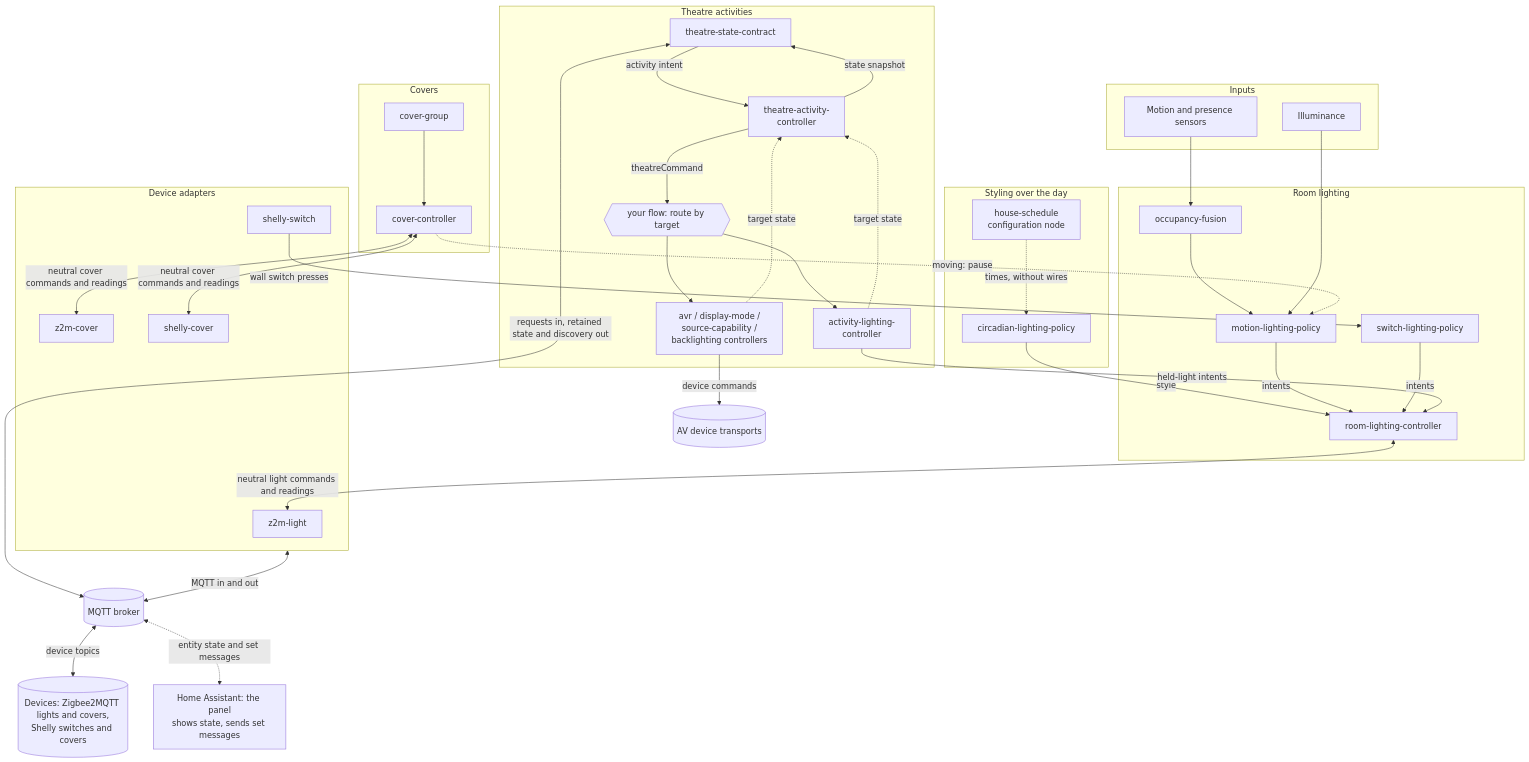
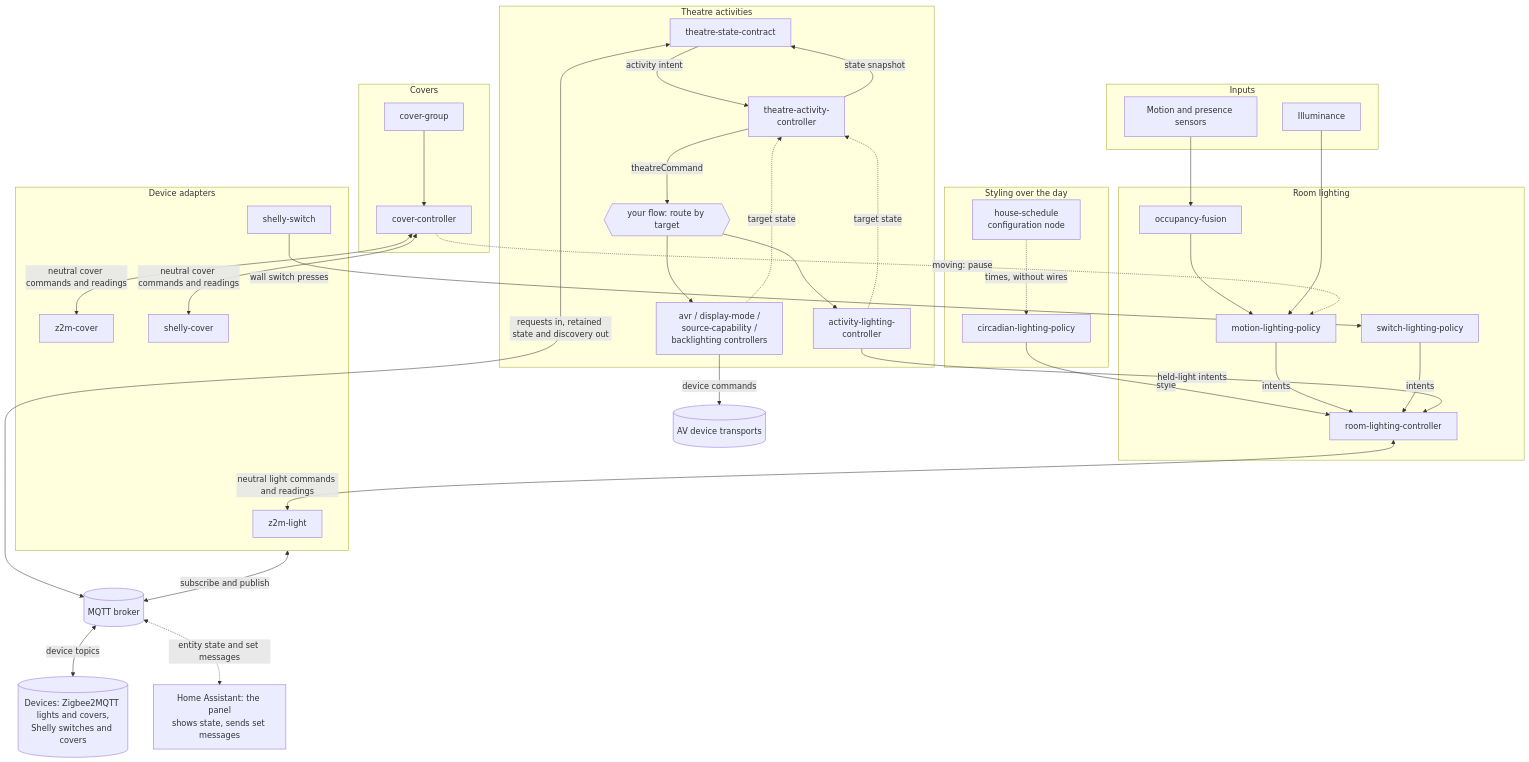
One commit to avantics-hq/node-red-home-automation changed the diagram in docs/images/architecture.mmd. Above: the diagram before and after it, drawn with Mermaid. The commit also changed 40 other files, not shown here.

```diff
--- a/docs/images/architecture.mmd
+++ b/docs/images/architecture.mmd
@@ -1,65 +1,65 @@
 flowchart TB
   subgraph In[Inputs]
     SENS[Motion and presence sensors]
     LUX[Illuminance]
   end
   subgraph Style[Styling over the day]
     HS[house-schedule<br/>configuration node]
     CIRC[circadian-lighting-policy]
   end
   subgraph Room[Room lighting]
     OCC[occupancy-fusion]
     MOT[motion-lighting-policy]
     SW[switch-lighting-policy]
     ROOM[room-lighting-controller]
   end
   subgraph Cov[Covers]
     GRP[cover-group]
     COV[cover-controller]
   end
   subgraph Act[Theatre activities]
     CON[theatre-state-contract]
     ACT["theatre-activity-<br/>controller"]
     ROUTE{{your flow: route by target}}
     AL["activity-lighting-<br/>controller"]
     EQ[avr / display-mode /<br/>source-capability /<br/>backlighting controllers]
   end
   subgraph Adapt[Device adapters]
     ZL[z2m-light]
     SS[shelly-switch]
     ZC[z2m-cover]
     SC[shelly-cover]
   end
   BROKER[(MQTT broker)]
   HA[Home Assistant: the panel<br/>shows state, sends set messages]
   DEV[(Devices: Zigbee2MQTT lights and covers,<br/>Shelly switches and covers)]
   AV[(AV device transports)]
 
   SENS --> OCC --> MOT
   LUX --> MOT
   HS -. times, without wires .-> CIRC
   CIRC -- style --> ROOM
   MOT -- intents --> ROOM
   SW -- intents --> ROOM
   GRP --> COV
   COV -. moving: pause .-> MOT
 
   ROOM <-- neutral light commands and readings --> ZL
   COV <-- neutral cover commands and readings --> ZC
   COV <-- neutral cover commands and readings --> SC
   SS -- wall switch presses --> SW
 
   CON -- activity intent --> ACT
   ACT -- state snapshot --> CON
   ACT -- theatreCommand --> ROUTE
   ROUTE --> EQ
   ROUTE --> AL
   EQ -. target state .-> ACT
   AL -. target state .-> ACT
   AL -- held-light intents --> ROOM
   EQ -- device commands --> AV
 
-  Adapt <-- MQTT in and out --> BROKER
+  Adapt <-- subscribe and publish --> BROKER
   CON <-- requests in, retained state and discovery out --> BROKER
   BROKER <-- device topics --> DEV
   BROKER <-. entity state and set messages .-> HA
```
